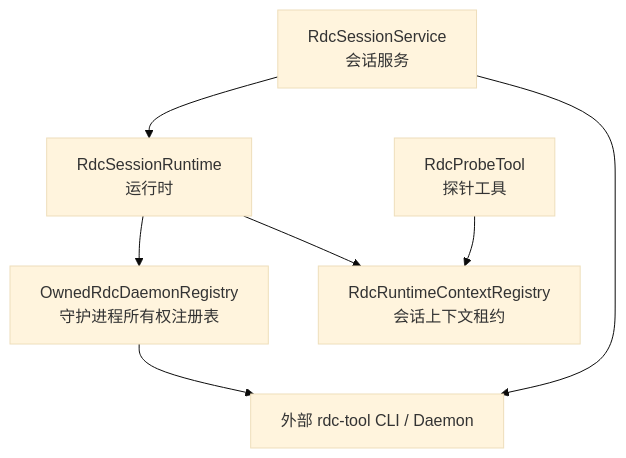
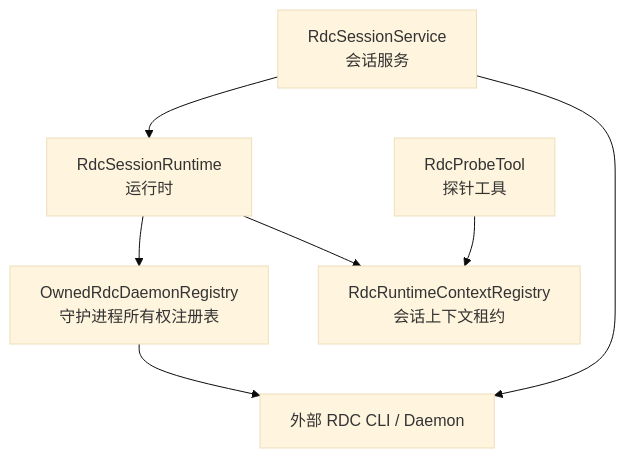
One commit to haolange/RDC-Agent changed the first of 7 diagrams in .qoder/repowiki/zh/content/核心模块/会话管理系统/RDX 守护进程所有权注册表.md. Above: the diagram before and after it, drawn with Mermaid (base theme). The commit also changed other lines of this file and 150 other files, not shown here.

````diff
--- a/.qoder/repowiki/zh/content/核心模块/会话管理系统/RDX 守护进程所有权注册表.md
+++ b/.qoder/repowiki/zh/content/核心模块/会话管理系统/RDX 守护进程所有权注册表.md
@@ -35,9 +42,9 @@
 ```mermaid
 graph TB
 A["RdcSessionService<br/>会话服务"] --> B["RdcSessionRuntime<br/>运行时"]
 B --> C["OwnedRdcDaemonRegistry<br/>守护进程所有权注册表"]
 B --> D["RdcRuntimeContextRegistry<br/>会话上下文租约"]
 E["RdcProbeTool<br/>探针工具"] --> D
-A --> F["外部 rdc-tool CLI / Daemon"]
+A --> F["外部 RDC CLI / Daemon"]
 C --> F
 ```
````
